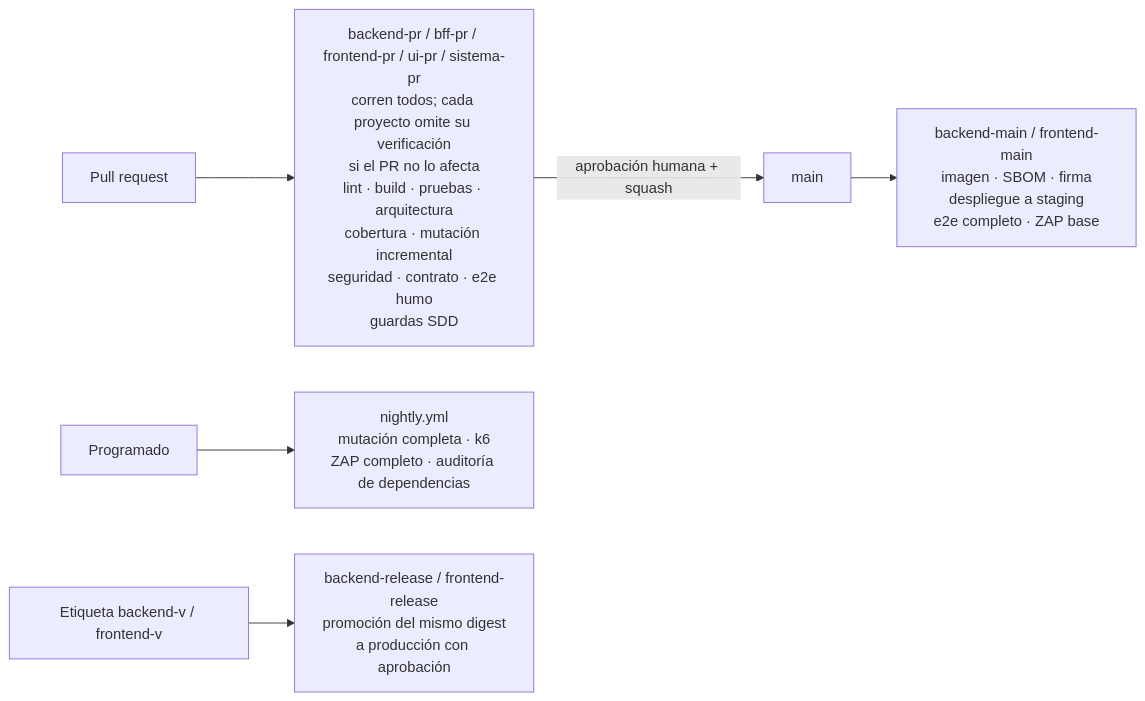
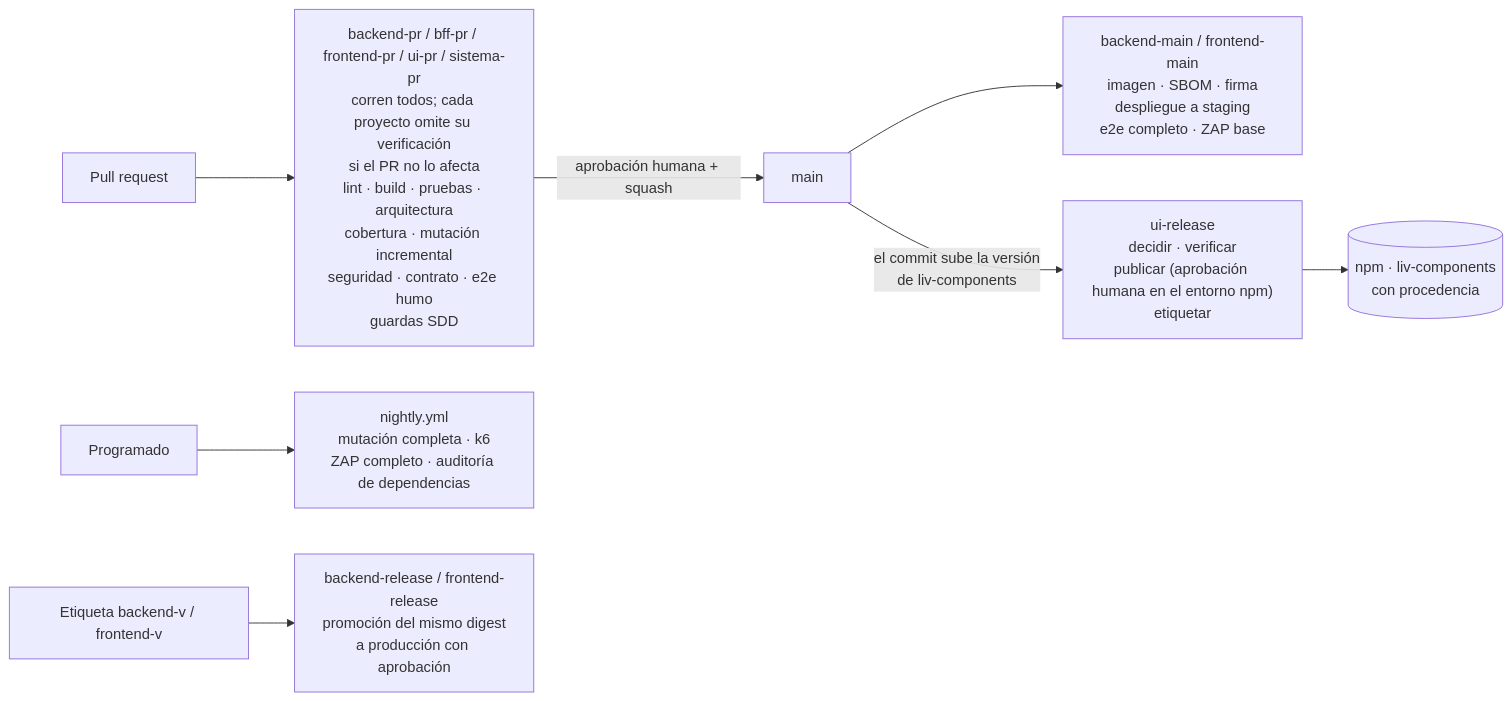
Before and after one commit to jorgearaujoSap/liv: the diagram in docs/arquitectura/04_Calidad_Testing_y_CI.md, drawn with Mermaid. The commit also changed other lines of this file and 11 other files, not shown here.

First line of the commit message:
docs(002): reglas de la publicación automática de liv-components (R3, PR 1) (#238)

````diff
--- a/docs/arquitectura/04_Calidad_Testing_y_CI.md
+++ b/docs/arquitectura/04_Calidad_Testing_y_CI.md
@@ -214,8 +214,10 @@
 ```mermaid
 flowchart LR
     PR[Pull request] --> CHK["backend-pr / bff-pr / frontend-pr / ui-pr / sistema-pr<br/>corren todos; cada proyecto omite su verificación<br/>si el PR no lo afecta<br/>lint · build · pruebas · arquitectura<br/>cobertura · mutación incremental<br/>seguridad · contrato · e2e humo<br/>guardas SDD"]
     CHK -->|aprobación humana + squash| MAIN[main]
     MAIN --> M["backend-main / frontend-main<br/>imagen · SBOM · firma<br/>despliegue a staging<br/>e2e completo · ZAP base"]
+    MAIN -->|"el commit sube la versión<br/>de liv-components"| U["ui-release<br/>decidir · verificar<br/>publicar (aprobación humana en el entorno npm)<br/>etiquetar"]
+    U --> NPM[("npm · liv-components<br/>con procedencia")]
     NIGHT[Programado] --> N["nightly.yml<br/>mutación completa · k6<br/>ZAP completo · auditoría de dependencias"]
     TAG[Etiqueta backend-v / frontend-v] --> R["backend-release / frontend-release<br/>promoción del mismo digest<br/>a producción con aprobación"]
 ```
````
